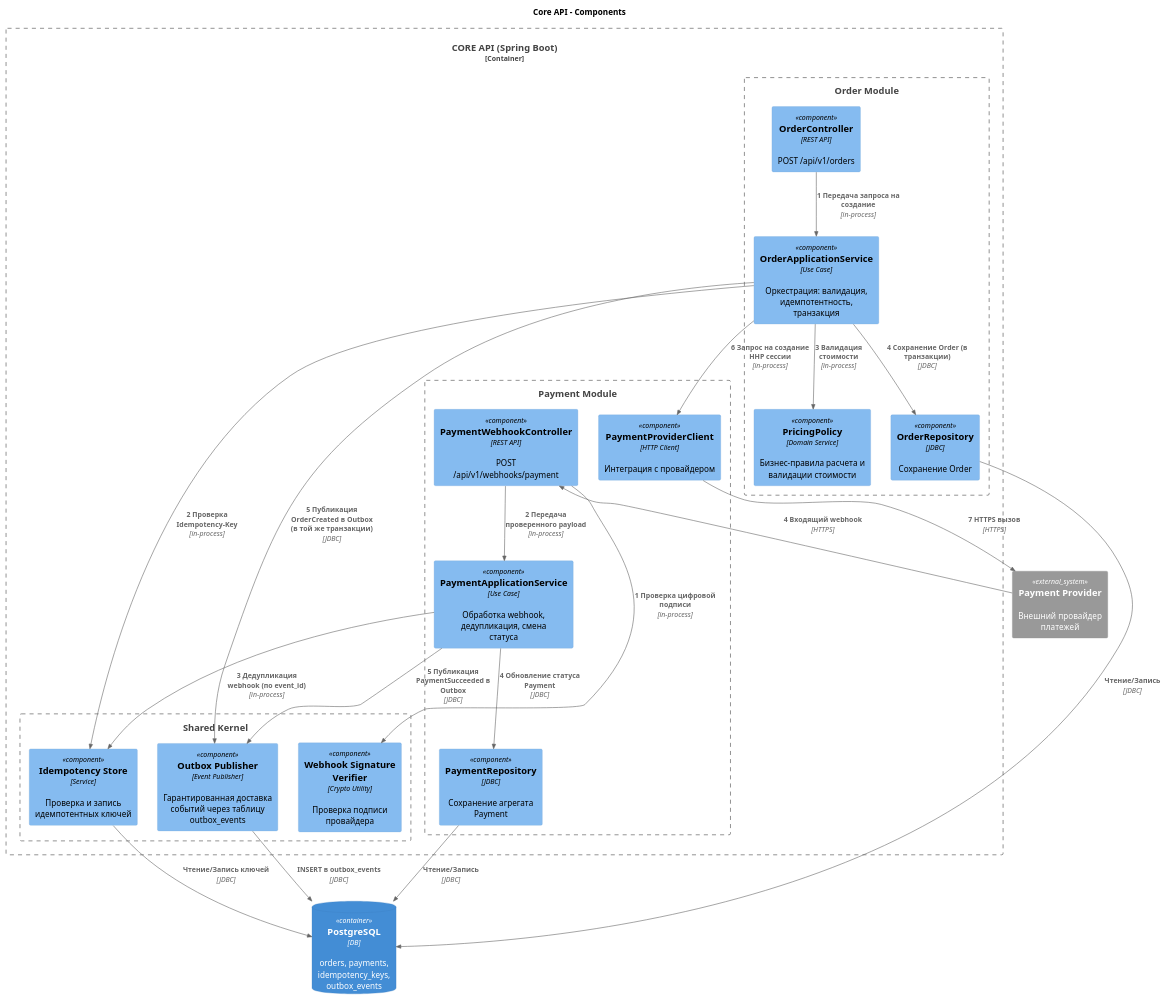
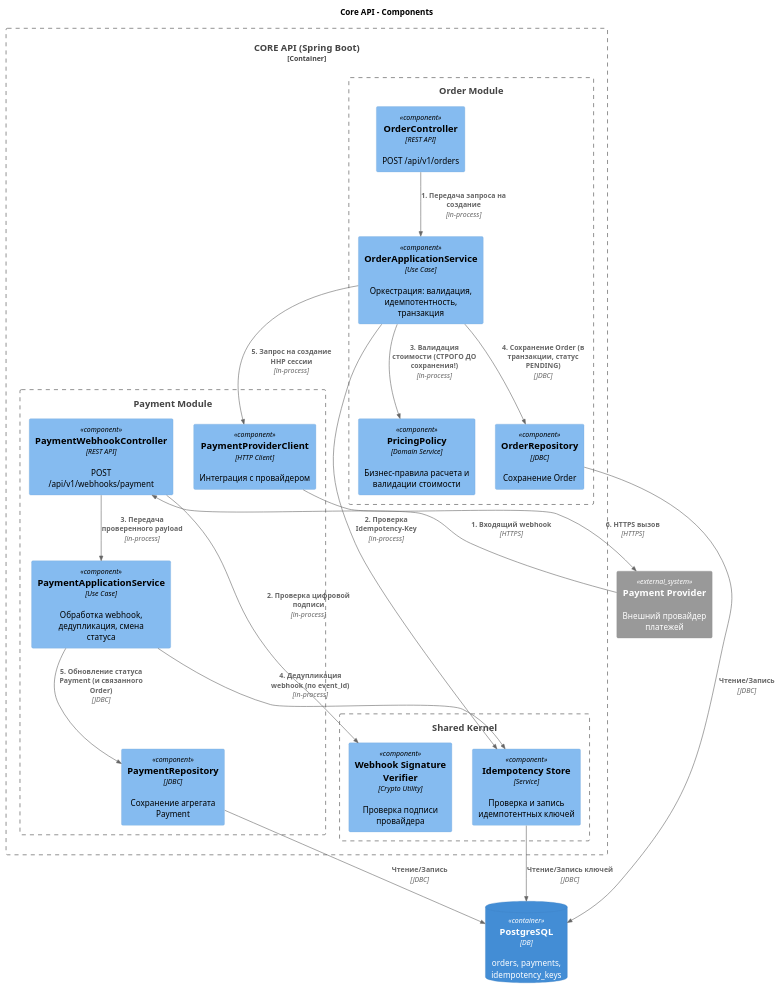
Before and after one commit to Adsimka/order-system-architecture: the diagram in docs/diagrams/c4/component/orders-api-component.puml, drawn with PlantUML. The commit also changed 2 other files, not shown here.

Commit message:
fix c4 diagrams and add 0001 ADR

```diff
--- a/docs/diagrams/c4/component/orders-api-component.puml
+++ b/docs/diagrams/c4/component/orders-api-component.puml
@@ -1,50 +1,44 @@
 @startuml
 
- !include https://raw.githubusercontent.com/plantuml-stdlib/C4-PlantUML/v2.12.0/C4_Component.puml
+!include https://raw.githubusercontent.com/plantuml-stdlib/C4-PlantUML/v2.12.0/C4_Component.puml
 
 title Core API - Components
 
-ContainerDb(db, "PostgreSQL", "DB", "orders, payments, idempotency_keys, outbox_events")
+ContainerDb(db, "PostgreSQL", "DB", "orders, payments, idempotency_keys")
 System_Ext(paymentProvider, "Payment Provider", "Внешний провайдер платежей")
 
 Container_Boundary(core, "CORE API (Spring Boot)") {
     Boundary(shared, "Shared Kernel") {
         Component(idempotencyStore, "Idempotency Store", "Service", "Проверка и запись идемпотентных ключей")
-        Component(outboxPublisher, "Outbox Publisher", "Event Publisher", "Гарантированная доставка событий через таблицу outbox_events")
         Component(sigVerifier, "Webhook Signature Verifier", "Crypto Utility", "Проверка подписи провайдера")
     }
     Boundary(orderMod, "Order Module") {
         Component(orderApi, "OrderController", "REST API", "POST /api/v1/orders")
         Component(orderApp, "OrderApplicationService", "Use Case", "Оркестрация: валидация, идемпотентность, транзакция")
         Component(pricingPolicy, "PricingPolicy", "Domain Service", "Бизнес-правила расчета и валидации стоимости")
         Component(orderRepo, "OrderRepository", "JDBC", "Сохранение Order")
     }
     Boundary(paymentMod, "Payment Module") {
         Component(webhookApi, "PaymentWebhookController", "REST API", "POST /api/v1/webhooks/payment")
         Component(paymentApp, "PaymentApplicationService", "Use Case", "Обработка webhook, дедупликация, смена статуса")
         Component(paymentClient, "PaymentProviderClient", "HTTP Client", "Интеграция с провайдером")
         Component(paymentRepo, "PaymentRepository", "JDBC", "Сохранение агрегата Payment")
     }
 }
 
-Rel(orderApi, orderApp, "1 Передача запроса на создание", "in-process")
-Rel(orderApp, idempotencyStore, "2 Проверка Idempotency-Key", "in-process")
-Rel(orderApp, pricingPolicy, "3 Валидация стоимости", "in-process")
-Rel(orderApp, orderRepo, "4 Сохранение Order (в транзакции)", "JDBC")
-Rel(orderApp, outboxPublisher, "5 Публикация OrderCreated в Outbox (в той же транзакции)", "JDBC")
-Rel(orderApp, paymentClient, "6 Запрос на создание HHP сессии", "in-process")
-Rel(paymentClient, paymentProvider, "7 HTTPS вызов", "HTTPS")
-
-Rel(webhookApi, sigVerifier, "1 Проверка цифровой подписи", "in-process")
-Rel(webhookApi, paymentApp, "2 Передача проверенного payload", "in-process")
-Rel(paymentApp, idempotencyStore, "3 Дедупликация webhook (по event_id)", "in-process")
-Rel(paymentApp, paymentRepo, "4 Обновление статуса Payment", "JDBC")
-Rel(paymentProvider, webhookApi, "4 Входящий webhook", "HTTPS")
-Rel(paymentApp, outboxPublisher, "5 Публикация PaymentSucceeded в Outbox", "JDBC")
-
+Rel(orderApi, orderApp, "1. Передача запроса на создание", "in-process")
+Rel(orderApp, idempotencyStore, "2. Проверка Idempotency-Key", "in-process")
+Rel(orderApp, pricingPolicy, "3. Валидация стоимости (СТРОГО ДО сохранения!)", "in-process")
+Rel(orderApp, orderRepo, "4. Сохранение Order (в транзакции, статус PENDING)", "JDBC")
+Rel(orderApp, paymentClient, "5. Запрос на создание HHP сессии", "in-process")
+Rel(paymentClient, paymentProvider, "6. HTTPS вызов", "HTTPS")
+Rel(paymentProvider, webhookApi, "1. Входящий webhook", "HTTPS")
+Rel(webhookApi, sigVerifier, "2. Проверка цифровой подписи", "in-process")
+Rel(webhookApi, paymentApp, "3. Передача проверенного payload", "in-process")
+Rel(paymentApp, idempotencyStore, "4. Дедупликация webhook (по event_id)", "in-process")
+Rel(paymentApp, paymentRepo, "5. Обновление статуса Payment (и связанного Order)", "JDBC")
 Rel(orderRepo, db, "Чтение/Запись", "JDBC")
 Rel(paymentRepo, db, "Чтение/Запись", "JDBC")
 Rel(idempotencyStore, db, "Чтение/Запись ключей", "JDBC")
-Rel(outboxPublisher, db, "INSERT в outbox_events", "JDBC")
 
 @enduml
```
